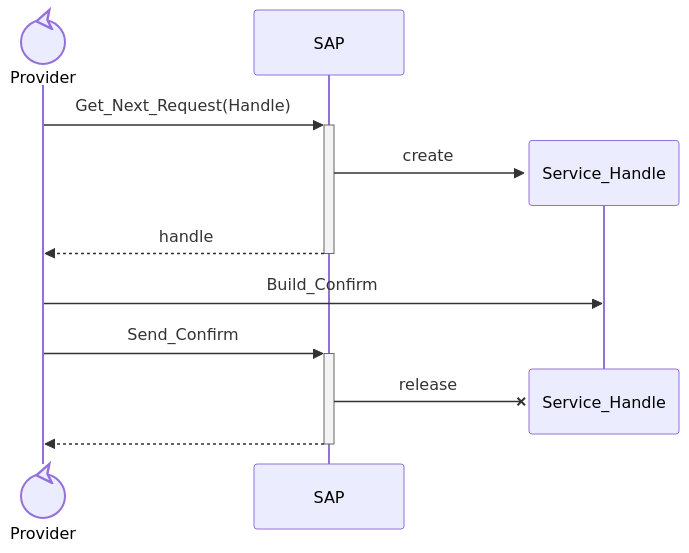
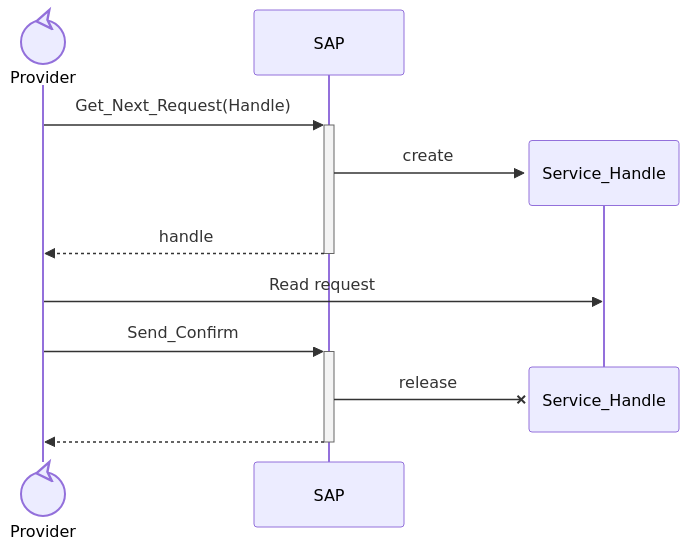
The sixth of 6 diagrams in README.md (damaki/libsap), drawn with Mermaid before and after one commit. The commit also changed other lines of this file and 18 other files, not shown here.

````diff
--- a/README.md
+++ b/README.md
@@ -521,17 +519,17 @@
 ```mermaid
 sequenceDiagram
     participant Provider@{ "type": "control" }
     participant SAP as SAP
 
     Provider ->>+SAP: Get_Next_Request(Handle)
     create participant SH as Service_Handle
     SAP->>SH: create
     SAP-->>-Provider: handle
 
-    Provider->>SH: Build_Confirm
+    Provider->>SH: Read request
 
     Provider->>+SAP: Send_Confirm
     destroy SH
     SAP-xSH: release
     SAP-->>-Provider:
 ```
````
